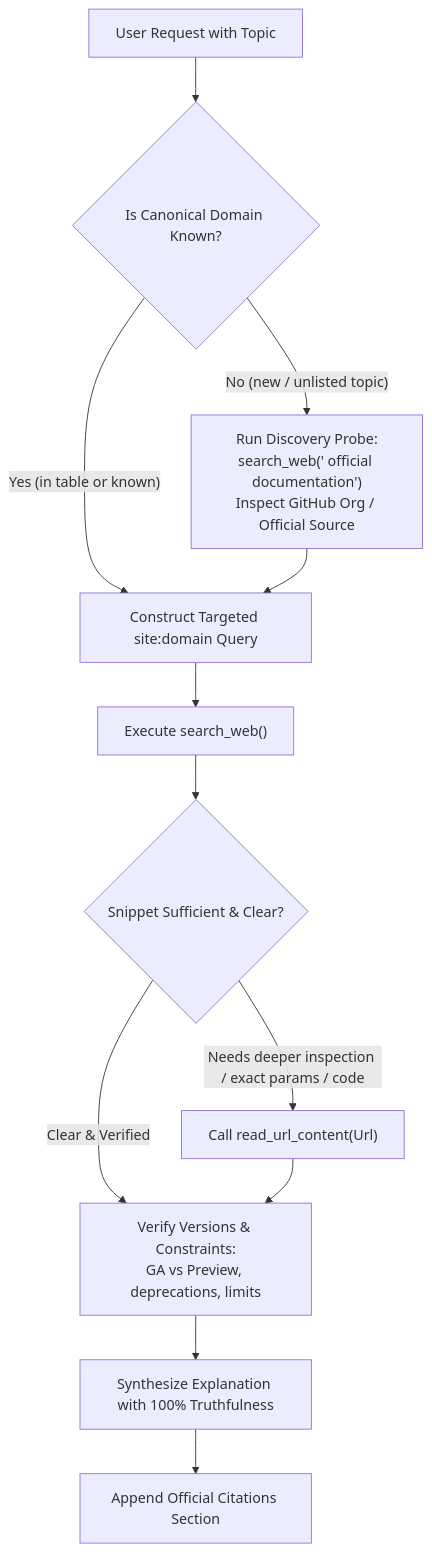
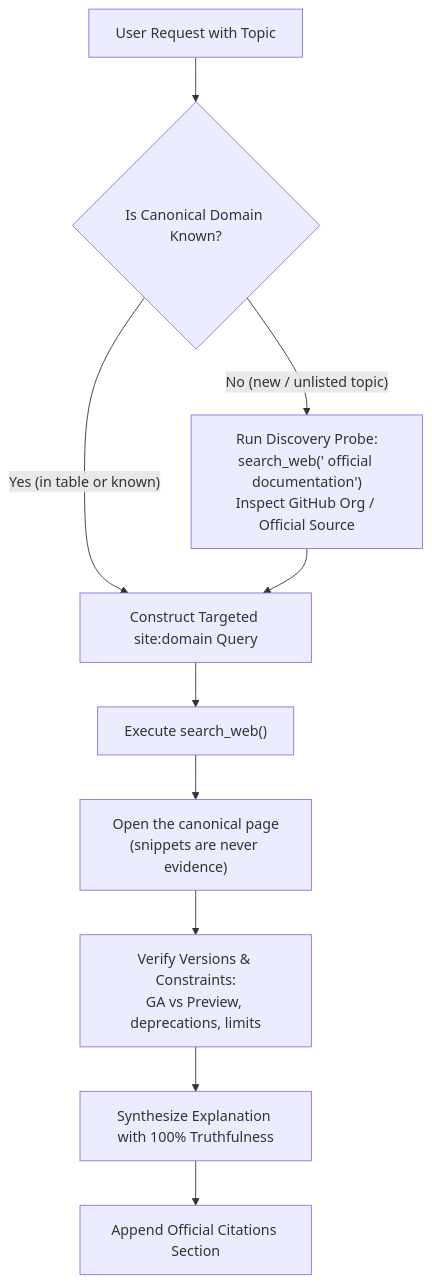
One commit to HelloMinh2122005/SelfLearn changed the diagram in .agents/skills/official-doc-researcher/SKILL.md. Above: the diagram before and after it, drawn with Mermaid. The commit also changed other lines of this file and 46 other files, not shown here.

````diff
--- a/.agents/skills/official-doc-researcher/SKILL.md
+++ b/.agents/skills/official-doc-researcher/SKILL.md
@@ -98,17 +98,16 @@
 ```mermaid
 flowchart TD
     A["User Request with Topic"] --> B{"Is Canonical Domain Known?"}
     B -- "Yes (in table or known)" --> D["Construct Targeted site:domain Query"]
     B -- "No (new / unlisted topic)" --> C["Run Discovery Probe:
 search_web('<topic> official documentation')
 Inspect GitHub Org / Official Source"]
     C --> D
     D --> E["Execute search_web()"]
-    E --> F{"Snippet Sufficient & Clear?"}
-    F -- "Needs deeper inspection / exact params / code" --> G["Call read_url_content(Url)"]
-    F -- "Clear & Verified" --> H["Verify Versions & Constraints:
+    E --> G["Open the canonical page
+(snippets are never evidence)"]
+    G --> H["Verify Versions & Constraints:
 GA vs Preview, deprecations, limits"]
-    G --> H
     H --> I["Synthesize Explanation with 100% Truthfulness"]
     I --> J["Append Official Citations Section"]
 ```
````
